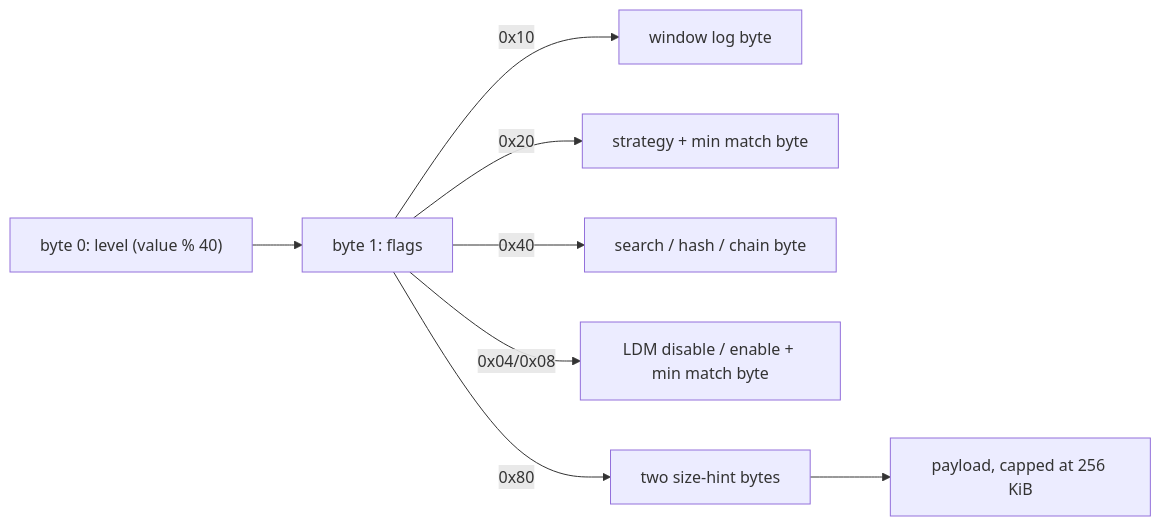
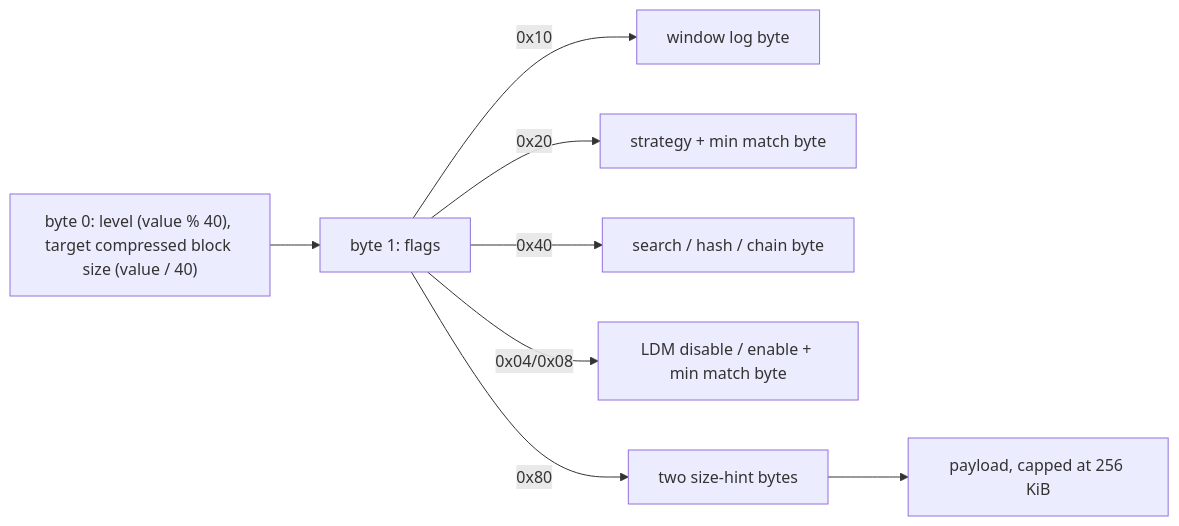
Before and after one commit to M-Compressors/mzstd: the second of 5 diagrams in architecture/fuzzing.md, drawn with Mermaid. The commit also changed other lines of this file and 390 other files, not shown here.

````diff
--- a/architecture/fuzzing.md
+++ b/architecture/fuzzing.md
@@ -32,10 +32,10 @@
 ```mermaid
 flowchart LR
-    B0["byte 0: level (value % 40)"] --> B1["byte 1: flags"]
+    B0["byte 0: level (value % 40), target compressed block size (value / 40)"] --> B1["byte 1: flags"]
     B1 -->|0x10| W[window log byte]
     B1 -->|0x20| S[strategy + min match byte]
     B1 -->|0x40| H[search / hash / chain byte]
     B1 -->|"0x04/0x08"| L[LDM disable / enable + min match byte]
     B1 -->|0x80| Z[two size-hint bytes]
     Z --> P["payload, capped at 256 KiB"]
 ```
````
